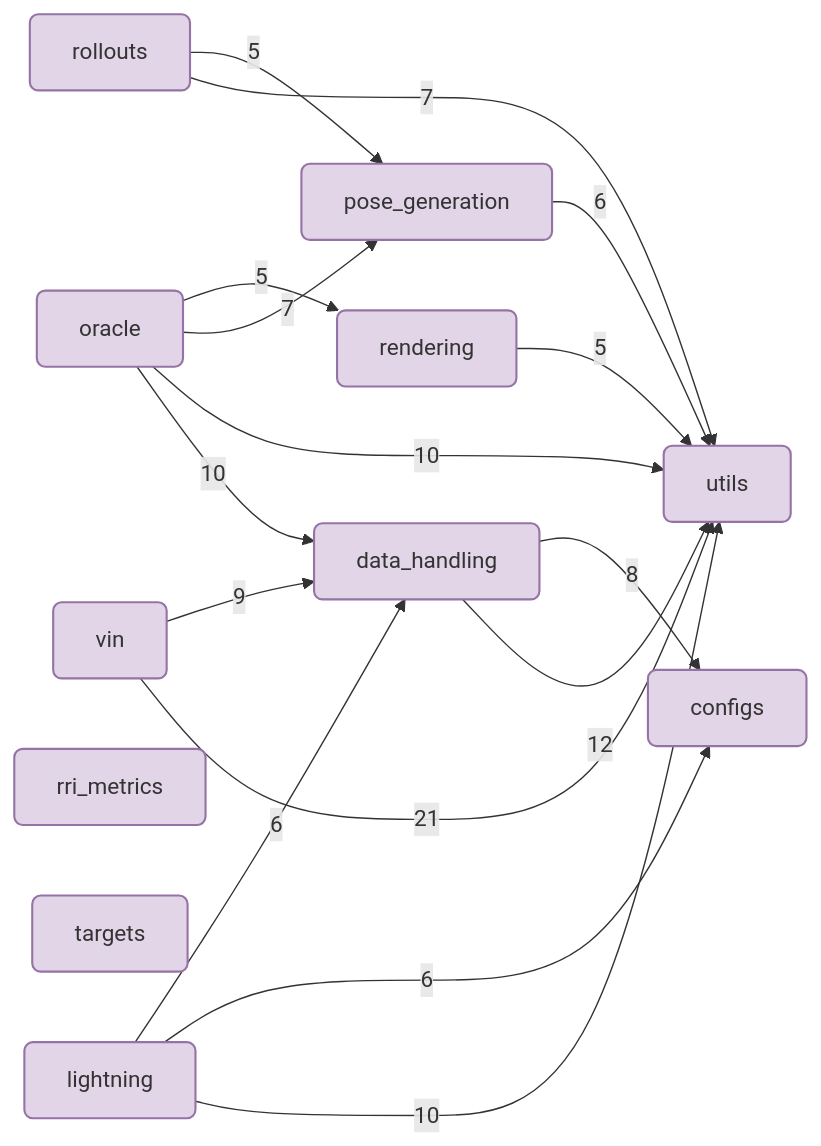
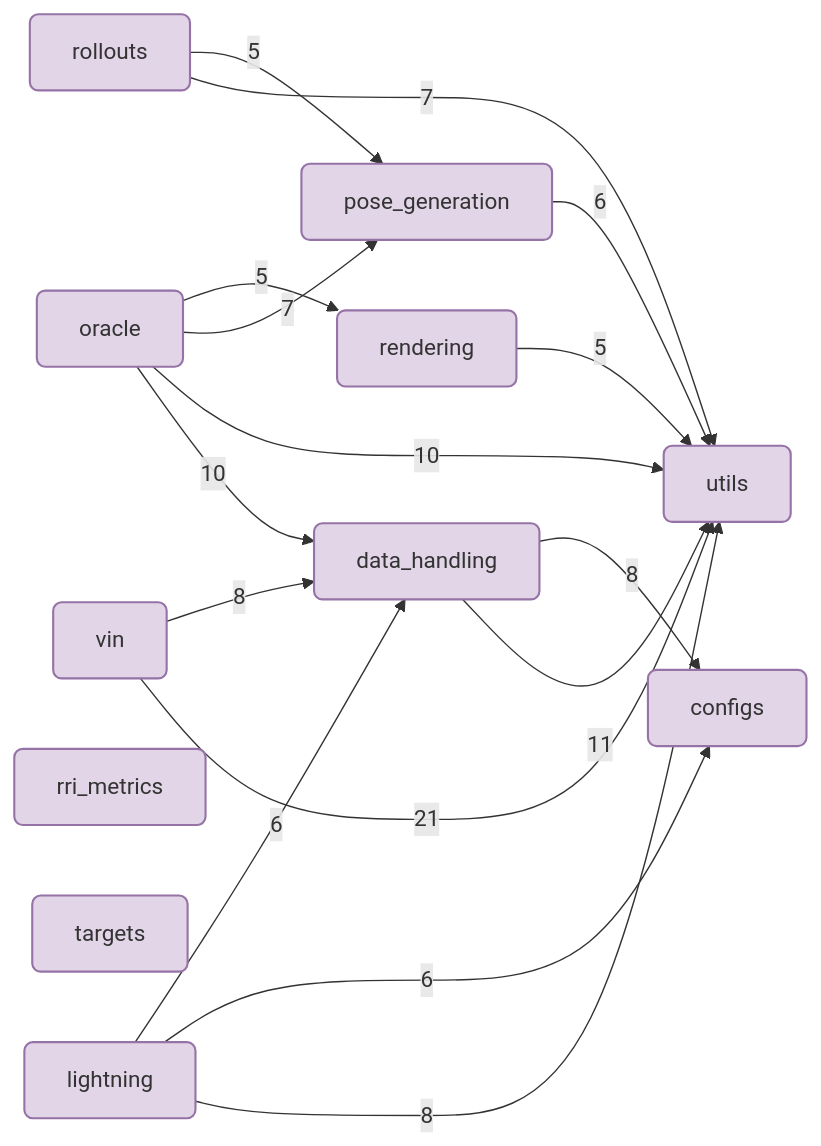
The diagram in docs/reference/_package_dependencies.mmd (JanDuchscherer104/NBV), drawn with Mermaid before and after one commit. The commit also changed 51 other files, not shown here.

```diff
--- a/docs/reference/_package_dependencies.mmd
+++ b/docs/reference/_package_dependencies.mmd
@@ -1,35 +1,35 @@
 %% Generated by scripts/quartodoc_generate_dependency_diagram.py; do not edit.
 flowchart LR
   configs["configs"]
   data_handling["data_handling"]
   lightning["lightning"]
   oracle["oracle"]
   pose_generation["pose_generation"]
   rendering["rendering"]
   rollouts["rollouts"]
   rri_metrics["rri_metrics"]
   targets["targets"]
   utils["utils"]
   vin["vin"]
   vin -->|"21"| utils
-  data_handling -->|"12"| utils
-  lightning -->|"10"| utils
+  data_handling -->|"11"| utils
   oracle -->|"10"| data_handling
   oracle -->|"10"| utils
-  vin -->|"9"| data_handling
   data_handling -->|"8"| configs
+  lightning -->|"8"| utils
+  vin -->|"8"| data_handling
   oracle -->|"7"| pose_generation
   rollouts -->|"7"| utils
   lightning -->|"6"| configs
   lightning -->|"6"| data_handling
   pose_generation -->|"6"| utils
   oracle -->|"5"| rendering
   rendering -->|"5"| utils
   rollouts -->|"5"| pose_generation
 
   classDef input fill:#D5E8D4,stroke:#82B366,stroke-width:1.5px,rx:0,ry:0;
   classDef output fill:#F8CECC,stroke:#B85450,stroke-width:1.5px,rx:0,ry:0;
   classDef compute fill:#E1D5E7,stroke:#9673A6,stroke-width:1.5px,rx:8,ry:8;
   classDef data fill:#F5F5F5,stroke:#9E9E9E,stroke-width:1.2px,rx:0,ry:0;
   classDef package fill:#E1D5E7,stroke:#9673A6,stroke-width:1.5px,rx:6,ry:6;
   class configs,data_handling,lightning,oracle,pose_generation,rendering,rollouts,rri_metrics,targets,utils,vin package;
```
